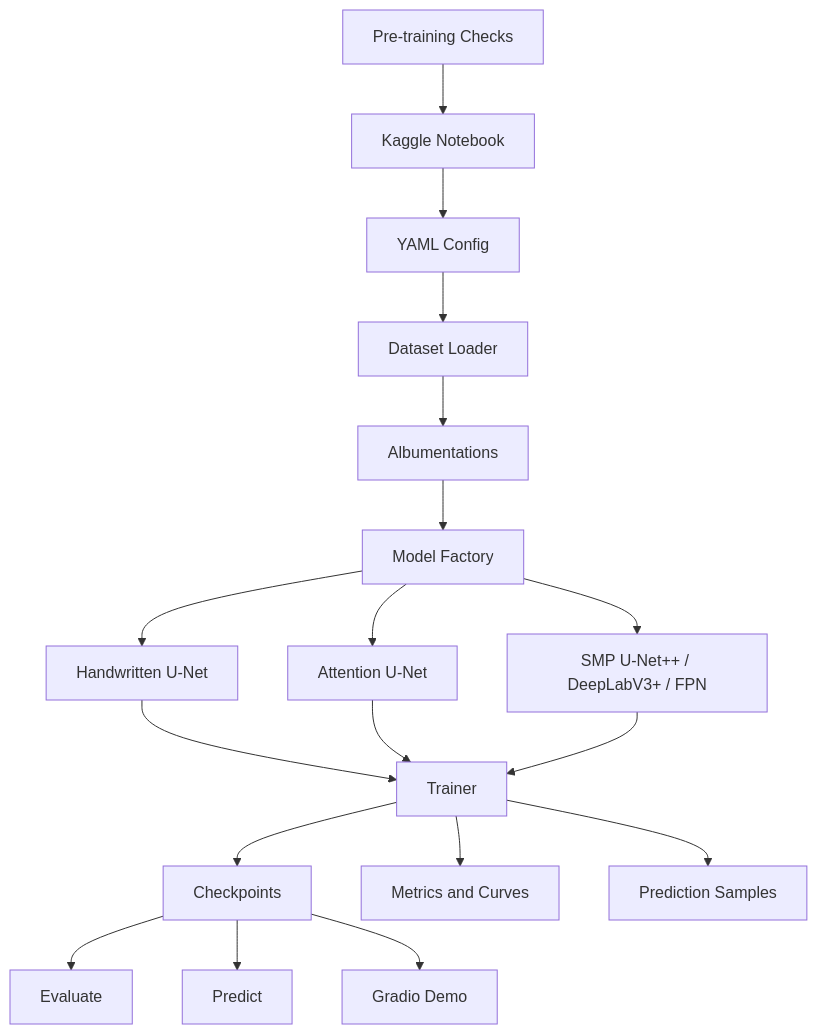
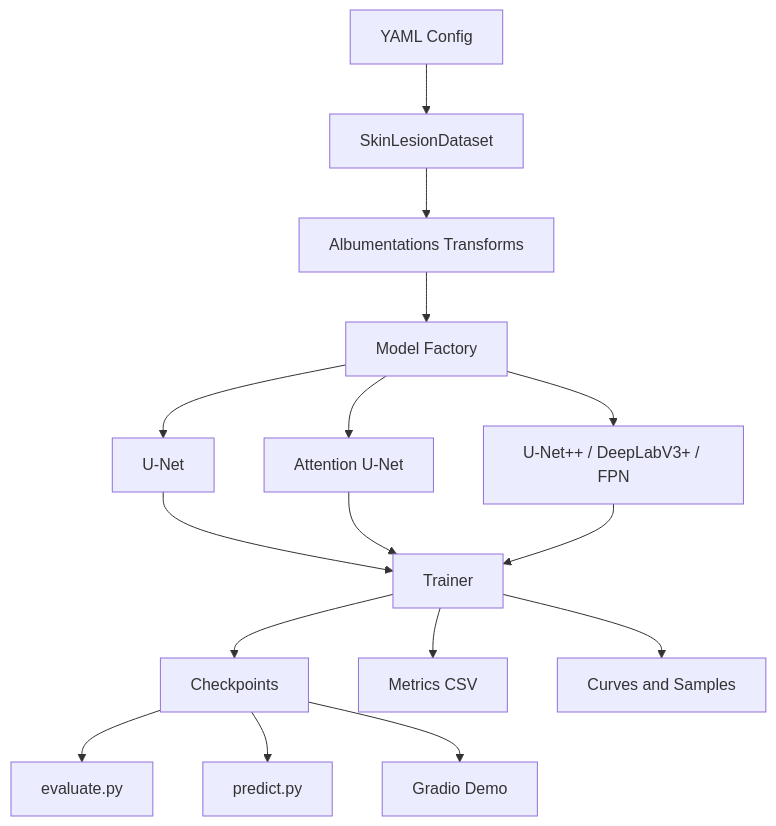
Before and after one commit to dongtingshuo/medical-image-segmentation: the diagram in README.md, drawn with Mermaid. The commit also changed other lines of this file and 39 other files, not shown here.

````diff
--- a/README.md
+++ b/README.md
@@ -26,20 +58,18 @@
 ```mermaid
 flowchart TD
-    A[YAML Config] --> B[Dataset Loader]
-    B --> C[Albumentations]
-    C --> D[Model Factory]
-    D --> E1[Handwritten U-Net]
-    D --> E2[Attention U-Net]
-    D --> E3[SMP U-Net++ / DeepLabV3+ / FPN]
-    E1 --> F[Trainer]
+    A["YAML Config"] --> B["SkinLesionDataset"]
+    B --> C["Albumentations Transforms"]
+    C --> D["Model Factory"]
+    D --> E1["U-Net"]
+    D --> E2["Attention U-Net"]
+    D --> E3["U-Net++ / DeepLabV3+ / FPN"]
+    E1 --> F["Trainer"]
     E2 --> F
     E3 --> F
-    F --> G[Checkpoints]
-    F --> H[Metrics and Curves]
-    F --> I[Prediction Samples]
-    G --> J[Evaluate]
-    G --> K[Predict]
-    G --> L[Gradio Demo]
-    M[Kaggle Notebook] --> A
-    N[Pre-training Checks] --> M
+    F --> G["Checkpoints"]
+    F --> H["Metrics CSV"]
+    F --> I["Curves and Samples"]
+    G --> J["evaluate.py"]
+    G --> K["predict.py"]
+    G --> L["Gradio Demo"]
 ```
````
